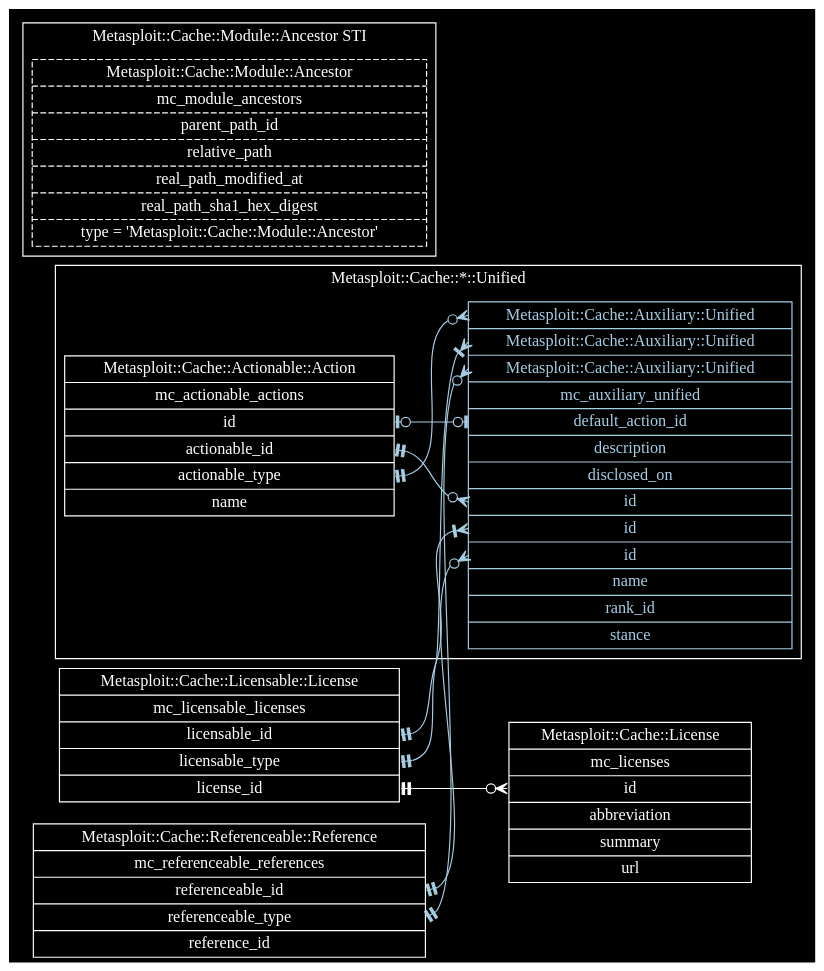
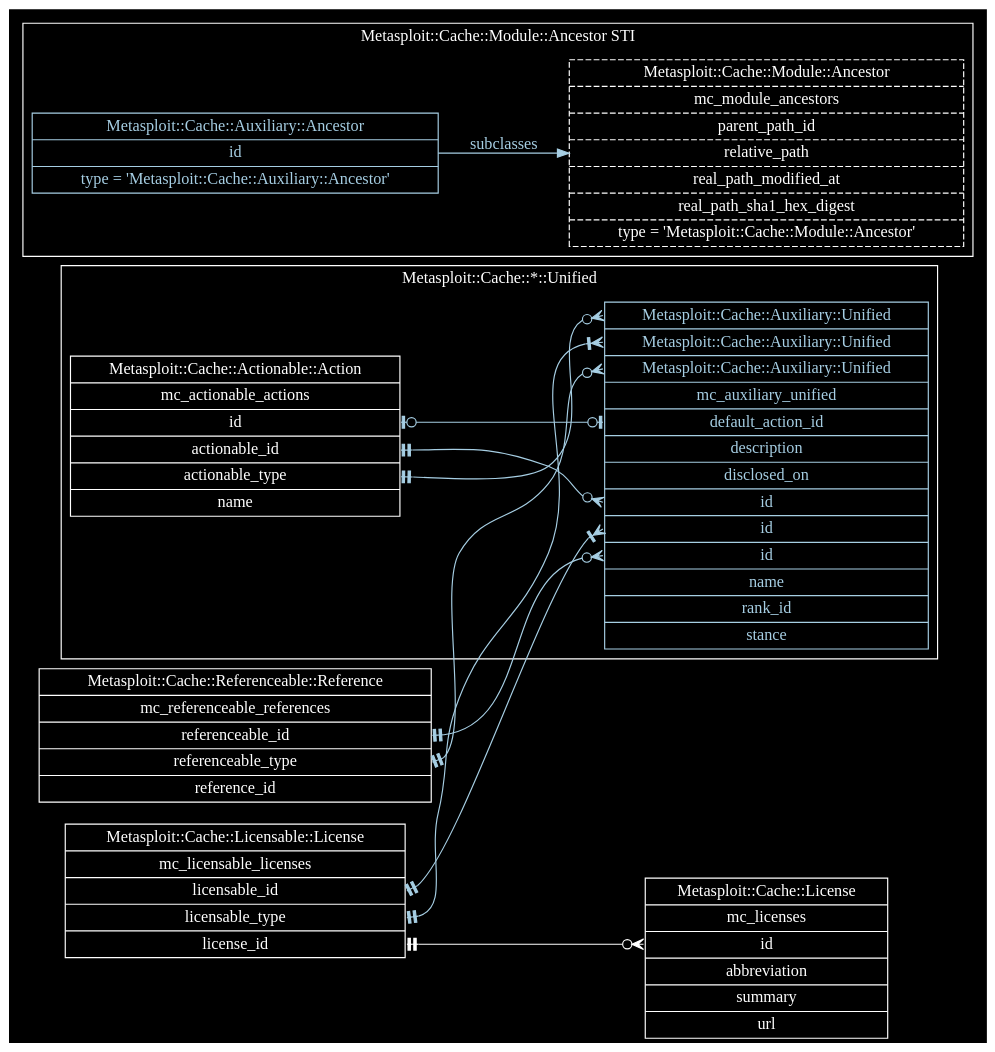
One commit to rapid7/metasploit-cache changed the diagram in docs/metasploit-cache-read-model.dot. Above: the diagram before and after it, drawn with Graphviz.

Commit message:
Add Auxiliary::Ancestor to read-model
MSP-12192

```diff
--- a/docs/metasploit-cache-read-model.dot
+++ b/docs/metasploit-cache-read-model.dot
@@ -1,110 +1,122 @@
 digraph "Metasploit::Cache Read Model" {
   edge [
     color = "white"
     fontcolor = "white"
   ]
   graph [
     bgcolor = "black"
     rankdir = "LR"
   ]
   node [
     color = "white"
     fontcolor = "white"
     shape = "record"
   ]
 
   "Metasploit::Cache::Actionable::Action" [
     label = "Metasploit::Cache::Actionable::Action | mc_actionable_actions | <id>id | <actionable_id>actionable_id | <actionable_type>actionable_type | name"
   ]
 
   "Metasploit::Cache::Actionable::Action":actionable_id -> "Metasploit::Cache::Auxiliary::Unified":id_for_actionable_id [
     arrowhead = "crowodot"
     arrowtail = "teetee"
     color = "/paired9/1"
     dir = "both"
   ]
 
   "Metasploit::Cache::Actionable::Action":actionable_type -> "Metasploit::Cache::Auxiliary::Unified":type_for_actionable_type [
     arrowhead = "crowodot"
     arrowtail = "teetee"
     color = "/paired9/1"
     dir = "both"
   ]
 
 
   "Metasploit::Cache::License" [
     label = "Metasploit::Cache::License | mc_licenses | <id>id | abbreviation | summary | url"
   ]
 
   "Metasploit::Cache::Licensable::License" [
     label = "Metasploit::Cache::Licensable::License | mc_licensable_licenses | <licensable_id>licensable_id | <licensable_type>licensable_type | <license_id>license_id"
   ]
 
   "Metasploit::Cache::Licensable::License":licensable_id -> "Metasploit::Cache::Auxiliary::Unified":id_for_licensable_id [
     arrowhead = "crowtee"
     arrowtail = "teetee"
     color = "/paired9/1"
     dir = "both"
   ]
 
   "Metasploit::Cache::Licensable::License":licensable_type -> "Metasploit::Cache::Auxiliary::Unified":type_for_licensable_type [
     arrowhead = "crowtee"
     arrowtail = "teetee"
     color = "/paired9/1"
     dir = "both"
   ]
 
   "Metasploit::Cache::Licensable::License":license_id -> "Metasploit::Cache::License":id [
     arrowhead = "crowodot"
     arrowtail = "teetee"
     dir = "both"
   ]
 
   "Metasploit::Cache::Referenceable::Reference" [
     label = "Metasploit::Cache::Referenceable::Reference | mc_referenceable_references | <referenceable_id>referenceable_id | <referenceable_type>referenceable_type | reference_id"
   ]
 
   "Metasploit::Cache::Referenceable::Reference":referenceable_id -> "Metasploit::Cache::Auxiliary::Unified":id_for_referenceable_id [
     arrowhead = "crowodot"
     arrowtail = "teetee"
     color = "/paired9/1"
     dir = "both"
   ]
 
   "Metasploit::Cache::Referenceable::Reference":referenceable_type -> "Metasploit::Cache::Auxiliary::Unified":type_for_referenceable_type [
     arrowhead = "crowodot"
     arrowtail = "teetee"
     color = "/paired9/1"
     dir = "both"
   ]
 
   subgraph cluster_mc_module_ancestors {
     color = "white"
     fontcolor = "white"
     label = "Metasploit::Cache::Module::Ancestor STI"
 
     "Metasploit::Cache::Module::Ancestor" [
       label = "Metasploit::Cache::Module::Ancestor | mc_module_ancestors | parent_path_id | relative_path | real_path_modified_at | real_path_sha1_hex_digest | type = 'Metasploit::Cache::Module::Ancestor'"
       style = "dashed"
     ]
+
+    "Metasploit::Cache::Auxiliary::Ancestor" [
+      fontcolor = "/paired9/1"
+      label = "Metasploit::Cache::Auxiliary::Ancestor | <id>id | type = 'Metasploit::Cache::Auxiliary::Ancestor'"
+      color = "/paired9/1"
+    ]
+
+    "Metasploit::Cache::Auxiliary::Ancestor" -> "Metasploit::Cache::Module::Ancestor" [
+      color = "/paired9/1"
+      fontcolor = "/paired9/1"
+      label = "subclasses"
+    ]
   }
 
   subgraph cluster_metasploit_cache_unified {
     color = "white"
     fontcolor = "white"
     label = "Metasploit::Cache::*::Unified"
 
     "Metasploit::Cache::Auxiliary::Unified" [
       color = "/paired9/1"
       fontcolor = "/paired9/1"
       label = "<type_for_actionable_type>Metasploit::Cache::Auxiliary::Unified | <type_for_licensable_type>Metasploit::Cache::Auxiliary::Unified | <type_for_referenceable_type>Metasploit::Cache::Auxiliary::Unified | mc_auxiliary_unified | <default_action_id>default_action_id | description | disclosed_on | <id_for_actionable_id>id | <id_for_licensable_id>id | <id_for_referenceable_id>id | name | rank_id | stance"
     ]
 
     "Metasploit::Cache::Auxiliary::Unified":default_action_id -> "Metasploit::Cache::Actionable::Action":id [
       arrowhead = "teeodot"
       arrowtail = "teeodot"
       color = "/paired9/1"
       dir = "both"
     ]
   }
 }
```
